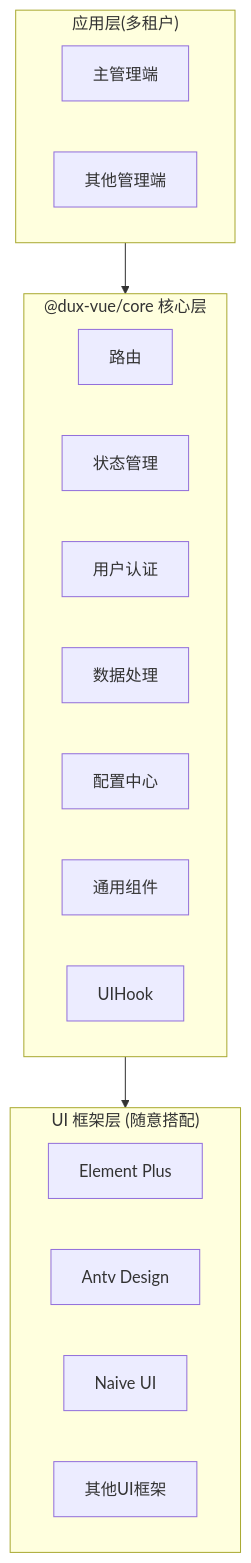
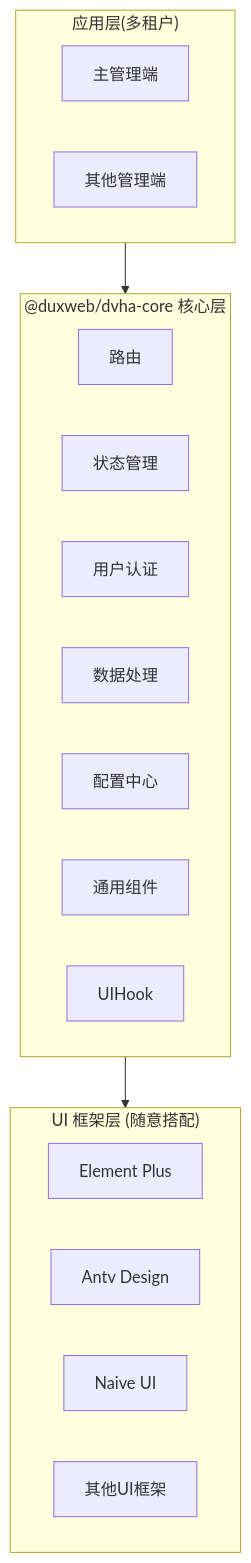
One commit to duxweb/dvha changed the diagram in README.md. Above: the diagram before and after it, drawn with Mermaid. The commit also changed other lines of this file and 123 other files, not shown here.

````diff
--- a/README.md
+++ b/README.md
@@ -16,27 +16,27 @@
 ```mermaid
 flowchart TD
     subgraph 应用层["应用层(多租户)"]
         主管理端
         其他管理端
     end
 
-    subgraph 核心层["@dux-vue/core 核心层"]
+    subgraph 核心层["@duxweb/dvha-core 核心层"]
         路由
         状态管理
         用户认证
         数据处理
         配置中心
         通用组件
         UIHook
     end
 
     subgraph UI框架层["UI 框架层 (随意搭配)"]
         Element["Element Plus"]
         Ant["Antv Design"]
         Naive["Naive UI"]
         其他["其他UI框架"]
     end
 
     应用层 --> 核心层
     核心层 --> UI框架层
 ```
````
